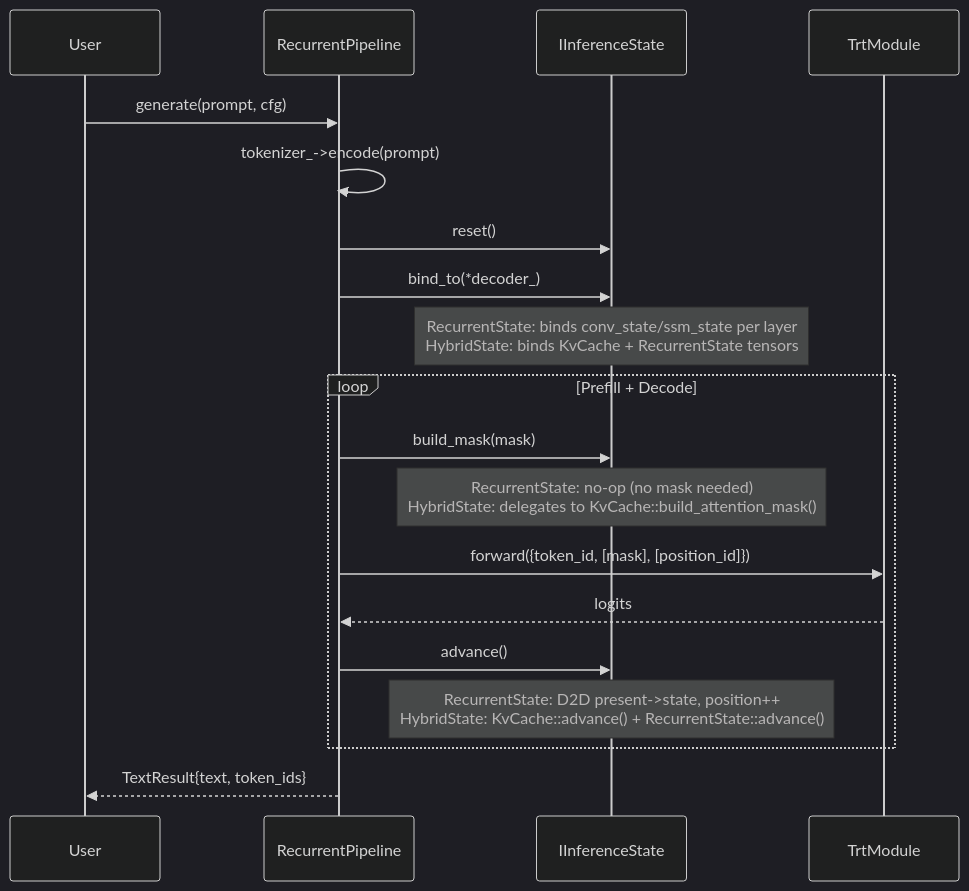
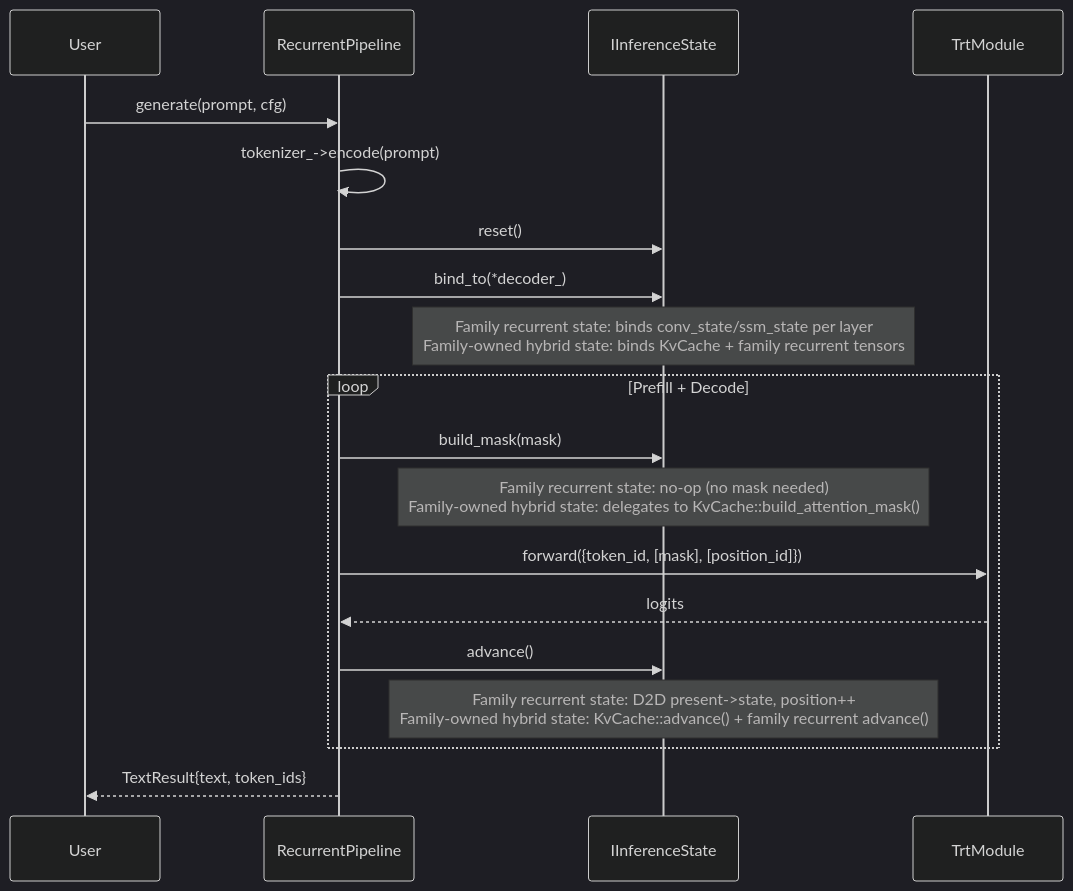
One commit to AbishekCoder1/TensorRT-Model-Connect changed the fourth of 8 diagrams in website/docs/wiki/Dynamic-Design.md. Above: the diagram before and after it, drawn with Mermaid (dark theme). The commit also changed other lines of this file and 3910 other files, not shown here.

````diff
--- a/website/docs/wiki/Dynamic-Design.md
+++ b/website/docs/wiki/Dynamic-Design.md
@@ -195,22 +195,22 @@
 ```mermaid
 sequenceDiagram
     participant User
     participant RP as RecurrentPipeline
     participant SM as IInferenceState
     participant Module as TrtModule
 
     User->>RP: generate(prompt, cfg)
     RP->>RP: tokenizer_->encode(prompt)
     RP->>SM: reset()
     RP->>SM: bind_to(*decoder_)
-    Note over SM: RecurrentState: binds conv_state/ssm_state per layer<br/>HybridState: binds KvCache + RecurrentState tensors
+    Note over SM: Family recurrent state: binds conv_state/ssm_state per layer<br/>Family-owned hybrid state: binds KvCache + family recurrent tensors
     loop Prefill + Decode
         RP->>SM: build_mask(mask)
-        Note over SM: RecurrentState: no-op (no mask needed)<br/>HybridState: delegates to KvCache::build_attention_mask()
+        Note over SM: Family recurrent state: no-op (no mask needed)<br/>Family-owned hybrid state: delegates to KvCache::build_attention_mask()
         RP->>Module: forward({token_id, [mask], [position_id]})
         Module-->>RP: logits
         RP->>SM: advance()
-        Note over SM: RecurrentState: D2D present->state, position++<br/>HybridState: KvCache::advance() + RecurrentState::advance()
+        Note over SM: Family recurrent state: D2D present->state, position++<br/>Family-owned hybrid state: KvCache::advance() + family recurrent advance()
     end
     RP-->>User: TextResult{text, token_ids}
 ```
````
